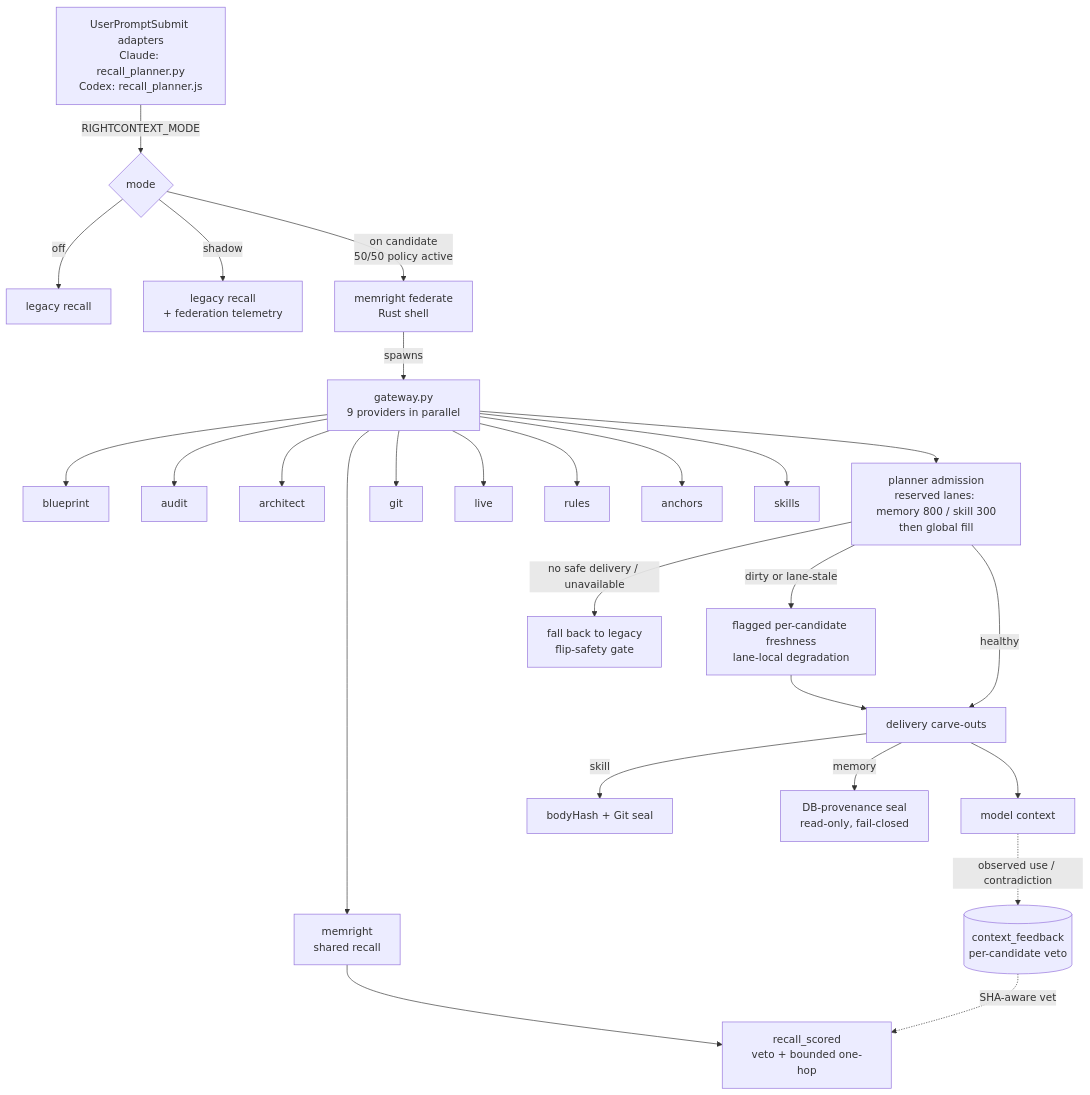
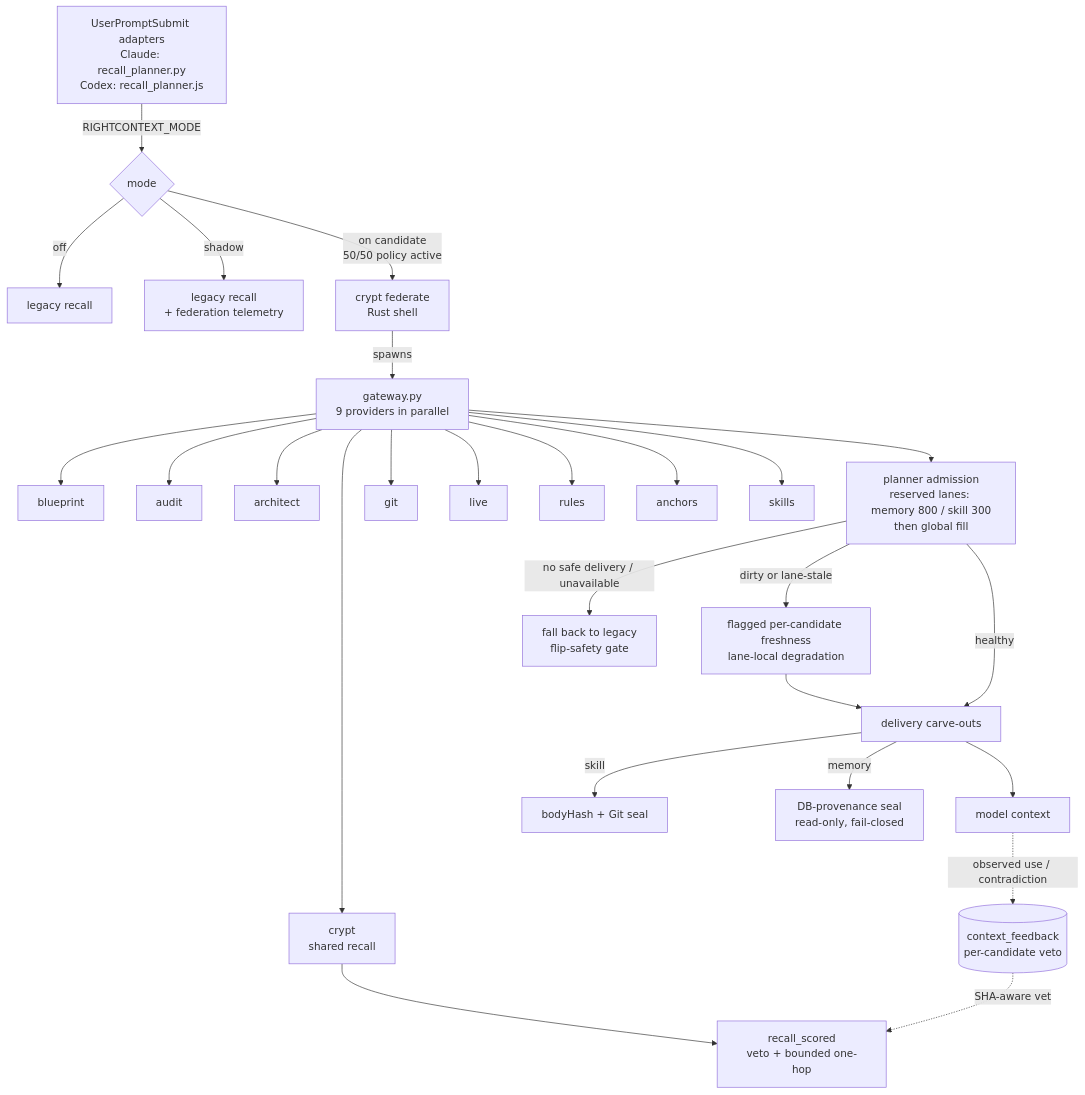
One commit to Orthic-Labs/Membrane changed the third of 3 diagrams in docs/MEMBRANE-STATE.md. Above: the diagram before and after it, drawn with Mermaid. The commit also changed other lines of this file and 208 other files, not shown here.

````diff
--- a/docs/MEMBRANE-STATE.md
+++ b/docs/MEMBRANE-STATE.md
@@ -500,20 +500,20 @@
 ```mermaid
 flowchart TB
     P[UserPromptSubmit adapters<br/>Claude: recall_planner.py<br/>Codex: recall_planner.js] -->|RIGHTCONTEXT_MODE| MODE{mode}
     MODE -->|off| LEG[legacy recall]
     MODE -->|shadow| LEG2[legacy recall<br/>+ federation telemetry]
     MODE -->|on candidate<br/>50/50 policy active| FED
-    FED[memright federate<br/>Rust shell] -->|spawns| GW[gateway.py<br/>9 providers in parallel]
-    GW --> A1[blueprint] & A2[audit] & A3[architect] & A4[memright<br/>shared recall] & A5[git] & A6[live] & A7[rules] & A8[anchors] & A9[skills]
+    FED[crypt federate<br/>Rust shell] -->|spawns| GW[gateway.py<br/>9 providers in parallel]
+    GW --> A1[blueprint] & A2[audit] & A3[architect] & A4[crypt<br/>shared recall] & A5[git] & A6[live] & A7[rules] & A8[anchors] & A9[skills]
     A4 --> SR[recall_scored<br/>veto + bounded one-hop]
     GW --> ADM[planner admission<br/>reserved lanes: memory 800 / skill 300<br/>then global fill]
     ADM -->|no safe delivery / unavailable| LEG3[fall back to legacy<br/>flip-safety gate]
     ADM -->|dirty or lane-stale| FLAG[flagged per-candidate freshness<br/>lane-local degradation]
     FLAG --> DEL
     ADM -->|healthy| DEL[delivery carve-outs]
     DEL -->|skill| SS[bodyHash + Git seal]
     DEL -->|memory| MS[DB-provenance seal<br/>read-only, fail-closed]
     DEL --> MODEL[model context]
     MODEL -.observed use / contradiction.-> FB[(context_feedback<br/>per-candidate veto)]
     FB -.SHA-aware veto.-> SR
 ```
````
